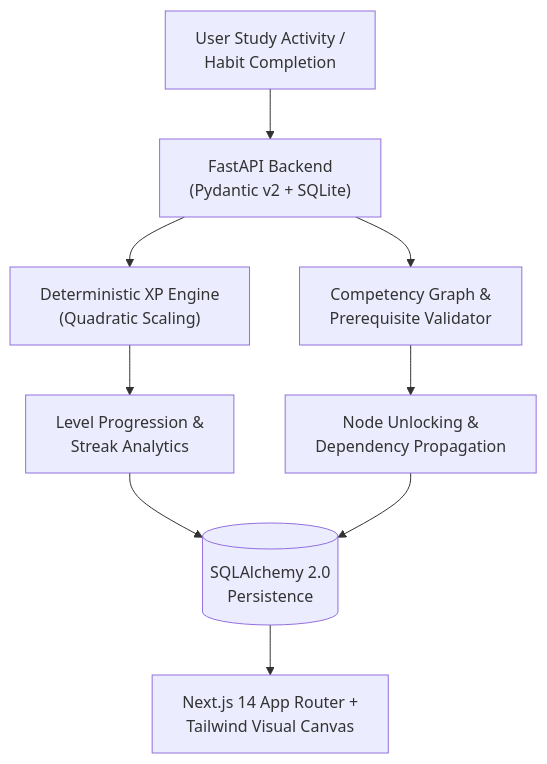
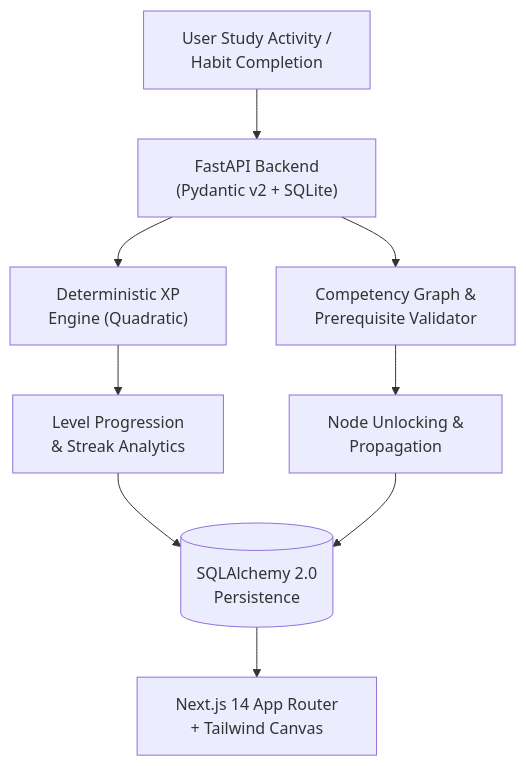
One commit to ISBANDURAHUMAN-R/NEXORA changed the diagram in README.md. Above: the diagram before and after it, drawn with Mermaid.

Commit message:
docs: fix Mermaid label truncation with line wrapping and non-clipping padding

````diff
--- a/README.md
+++ b/README.md
@@ -12,11 +12,11 @@
 ```mermaid
 flowchart TD
-    User["User Study Activity /<br/>Habit Completion"] --> API["FastAPI Backend<br/>(Pydantic v2 + SQLite)"]
-    API --> XP["Deterministic XP Engine<br/>(Quadratic Scaling)"]
-    API --> Graph["Competency Graph &amp;<br/>Prerequisite Validator"]
-    XP --> Level["Level Progression &amp;<br/>Streak Analytics"]
-    Graph --> Unlocks["Node Unlocking &amp;<br/>Dependency Propagation"]
-    Level --> DB[("SQLAlchemy 2.0<br/>Persistence")]
+    User["&nbsp; User Study Activity / &nbsp;<br/>&nbsp; Habit Completion &nbsp;"] --> API["&nbsp; FastAPI Backend &nbsp;<br/>&nbsp; (Pydantic v2 + SQLite) &nbsp;"]
+    API --> XP["&nbsp; Deterministic XP &nbsp;<br/>&nbsp; Engine (Quadratic) &nbsp;"]
+    API --> Graph["&nbsp; Competency Graph &amp; &nbsp;<br/>&nbsp; Prerequisite Validator &nbsp;"]
+    XP --> Level["&nbsp; Level Progression &nbsp;<br/>&nbsp; &amp; Streak Analytics &nbsp;"]
+    Graph --> Unlocks["&nbsp; Node Unlocking &amp; &nbsp;<br/>&nbsp; Propagation &nbsp;"]
+    Level --> DB[("&nbsp; SQLAlchemy 2.0 &nbsp;<br/>&nbsp; Persistence &nbsp;")]
     Unlocks --> DB
-    DB --> UI["Next.js 14 App Router +<br/>Tailwind Visual Canvas"]
+    DB --> UI["&nbsp; Next.js 14 App Router &nbsp;<br/>&nbsp; + Tailwind Canvas &nbsp;"]
 ```
````
